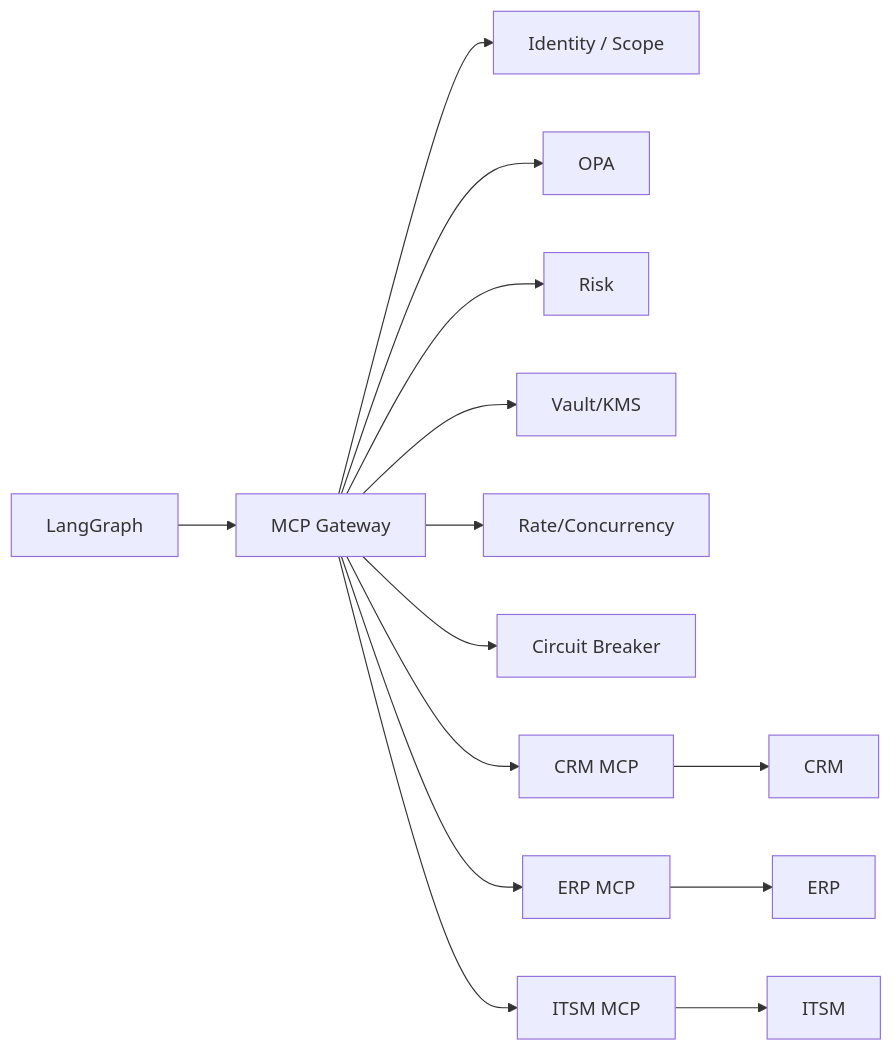
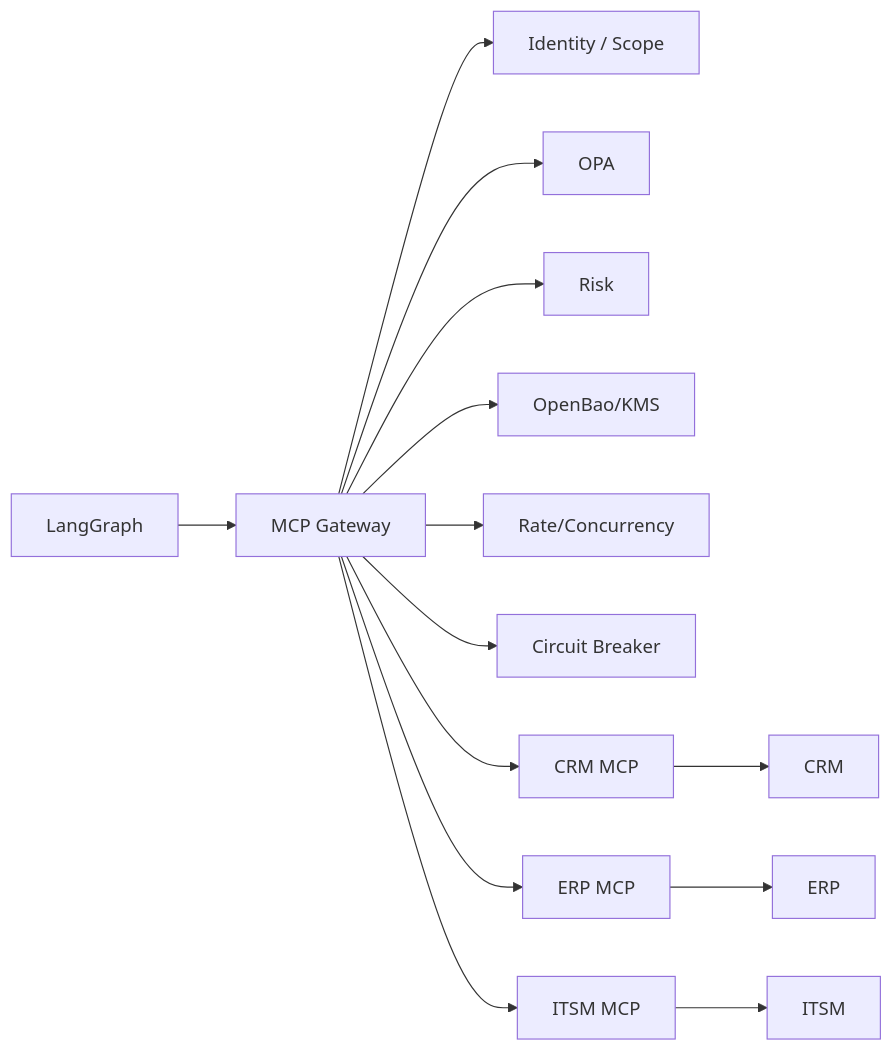
The diagram in docs/architecture/07-MCP-INTEGRATION-ARCHITECTURE.md (ivanross81-png/empleados-ia-langgraph), drawn with Mermaid before and after one commit. The commit also changed 30 other files, not shown here.

````diff
--- a/docs/architecture/07-MCP-INTEGRATION-ARCHITECTURE.md
+++ b/docs/architecture/07-MCP-INTEGRATION-ARCHITECTURE.md
@@ -18,16 +18,16 @@
 ```mermaid
 flowchart LR
     AG[LangGraph] --> MG[MCP Gateway]
     MG --> AUTH[Identity / Scope]
     MG --> POL[OPA]
     MG --> RISK[Risk]
-    MG --> SEC[Vault/KMS]
+    MG --> SEC[OpenBao/KMS]
     MG --> RL[Rate/Concurrency]
     MG --> CB[Circuit Breaker]
     MG --> MCP1[CRM MCP]
     MG --> MCP2[ERP MCP]
     MG --> MCP3[ITSM MCP]
     MCP1 --> CRM[CRM]
     MCP2 --> ERP[ERP]
     MCP3 --> ITSM[ITSM]
 ```
````
